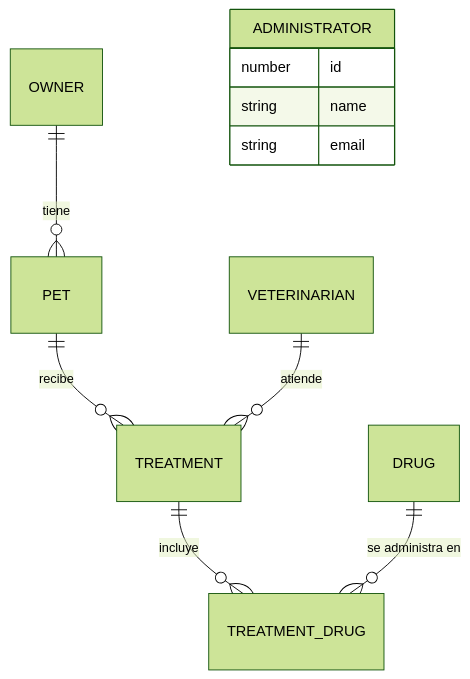
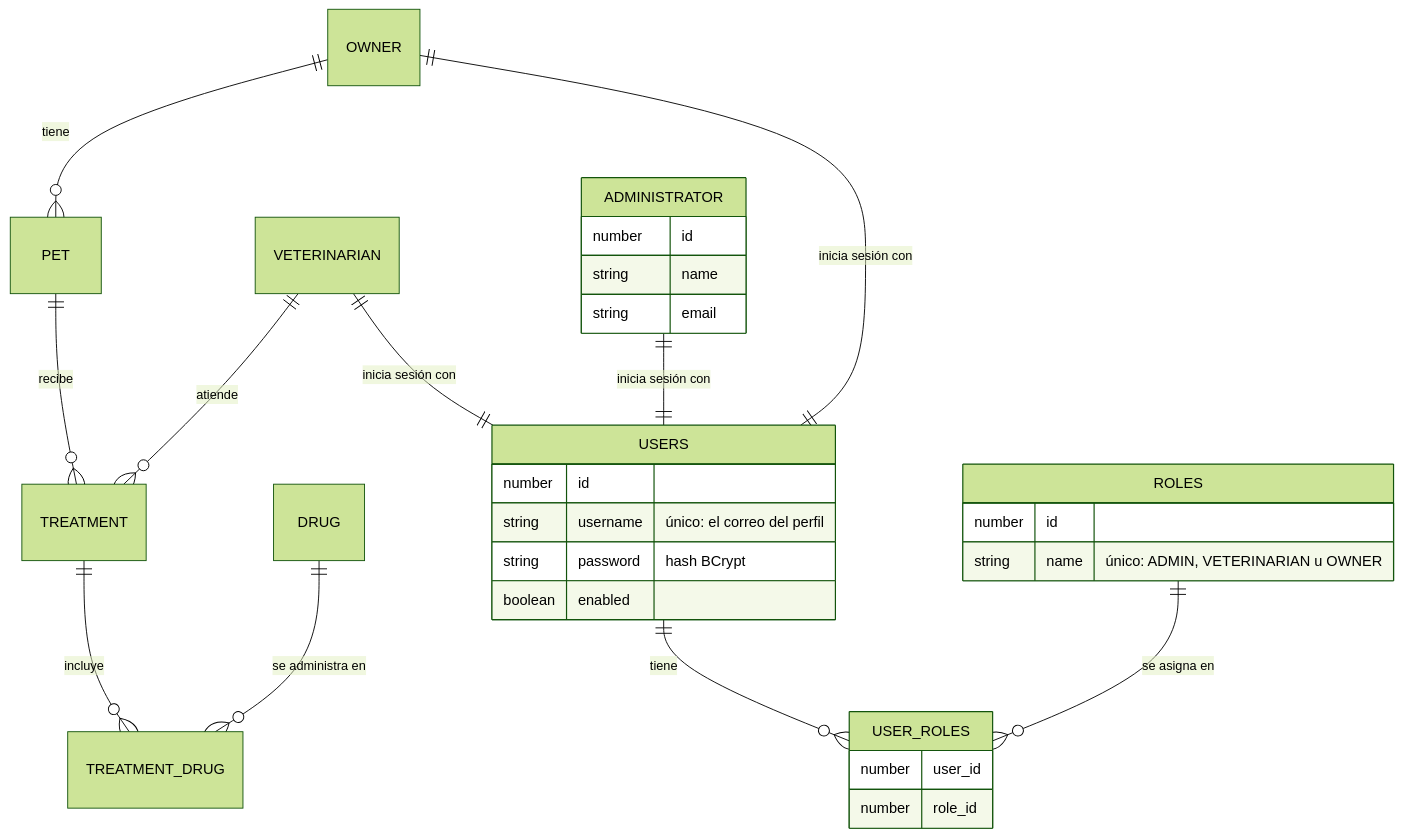
Before and after one commit to JoythDev/pethaven: the diagram in docs/api/API.md, drawn with Mermaid (forest theme). The commit also changed other lines of this file and 4 other files, not shown here.

````diff
--- a/docs/api/API.md
+++ b/docs/api/API.md
@@ -278,13 +294,32 @@
 ```mermaid
 erDiagram
     OWNER ||--o{ PET : "tiene"
     PET ||--o{ TREATMENT : "recibe"
     VETERINARIAN ||--o{ TREATMENT : "atiende"
     TREATMENT ||--o{ TREATMENT_DRUG : "incluye"
     DRUG ||--o{ TREATMENT_DRUG : "se administra en"
+    OWNER ||--|| USERS : "inicia sesión con"
+    VETERINARIAN ||--|| USERS : "inicia sesión con"
+    ADMINISTRATOR ||--|| USERS : "inicia sesión con"
+    USERS ||--o{ USER_ROLES : "tiene"
+    ROLES ||--o{ USER_ROLES : "se asigna en"
     ADMINISTRATOR {
         number id
         string name
         string email
     }
+    USERS {
+        number id
+        string username "único: el correo del perfil"
+        string password "hash BCrypt"
+        boolean enabled
+    }
+    ROLES {
+        number id
+        string name "único: ADMIN, VETERINARIAN u OWNER"
+    }
+    USER_ROLES {
+        number user_id
+        number role_id
+    }
 ```
````
